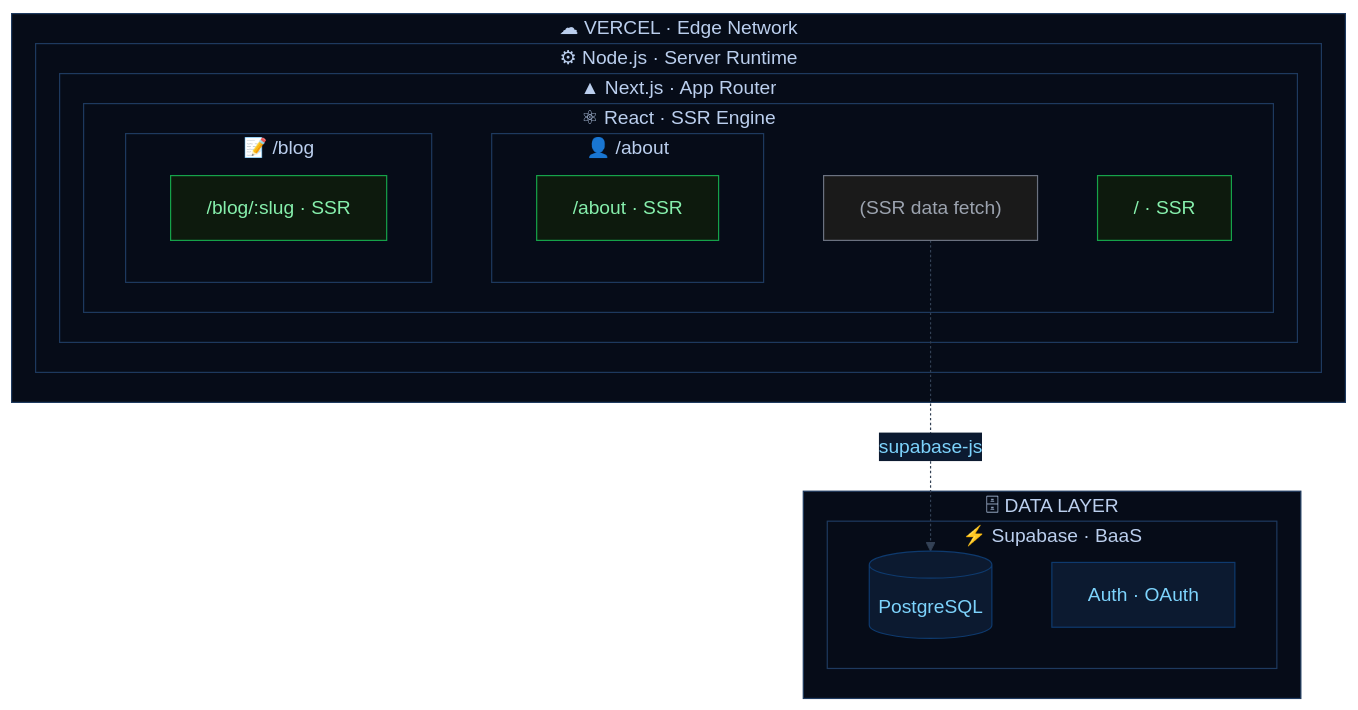
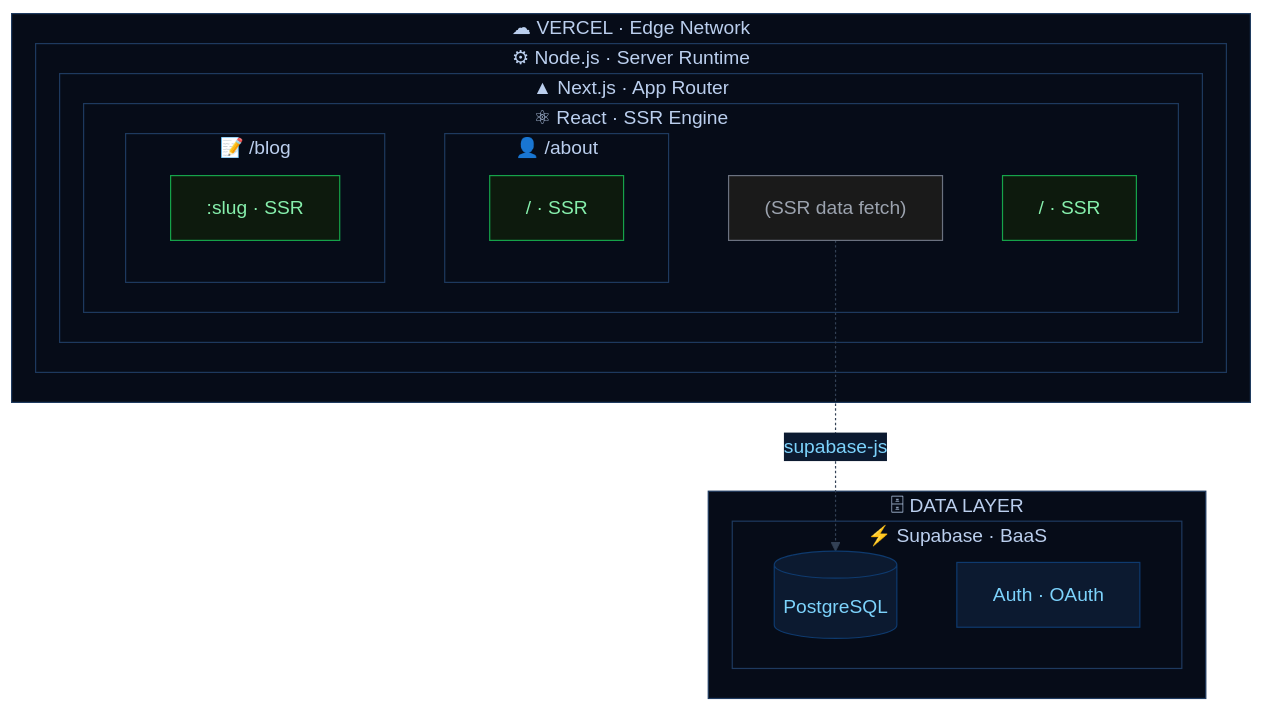
The diagram in fixtures/mini-next-app/.codebase-viz/rendering.md (cubha/codesight), drawn with Mermaid before and after one commit. The commit also changed 8 other files, not shown here.

````diff
--- a/fixtures/mini-next-app/.codebase-viz/rendering.md
+++ b/fixtures/mini-next-app/.codebase-viz/rendering.md
@@ -3,33 +3,33 @@
 ```mermaid
 %%{init:{'theme':'base','themeVariables':{'background':'#060810','primaryColor':'#0c1a30','primaryTextColor':'#7dd3fc','primaryBorderColor':'#0e3a6e','edgeLabelBackground':'#0c1a30','lineColor':'#334155','secondaryColor':'#0f172a','clusterBkg':'#060c18','clusterBorder':'#1e3a5f','fontFamily':'JetBrains Mono'}}}%%
 graph TD
   classDef ssr fill:#0d1a0d,stroke:#16a34a,color:#86efac
   classDef csr fill:#2d1200,stroke:#c2410c,color:#fb923c
   classDef ssg fill:#1a0d1a,stroke:#7c3aed,color:#c4b5fd
   classDef isr fill:#1a1a0d,stroke:#ca8a04,color:#fde047
   classDef ppr fill:#0d1a2d,stroke:#2563eb,color:#93c5fd
   classDef unk fill:#1a1a1a,stroke:#6b7280,color:#9ca3af
   subgraph INFRA["☁ VERCEL · Edge Network"]
     subgraph RUNTIME["⚙ Node.js · Server Runtime"]
       subgraph FRAMEWORK["▲ Next.js · App Router"]
         subgraph REACT["⚛ React · SSR Engine"]
           SSR_FETCH["(SSR data fetch)"]:::unk
           subgraph ABOUT_G["👤 /about"]
-            route_app__marketing__about_page["/about · SSR"]:::ssr
+            route_app__marketing__about_page["/ · SSR"]:::ssr
           end
           subgraph BLOG_G["📝 /blog"]
-            route_app_blog__slug__page["/blog/:slug · SSR"]:::ssr
+            route_app_blog__slug__page[":slug · SSR"]:::ssr
           end
           route_app_page["/ · SSR"]:::ssr
         end
       end
     end
   end
   subgraph DATALAYER["🗄 DATA LAYER"]
     subgraph SUPABASE_G["⚡ Supabase · BaaS"]
       PG_SB[("PostgreSQL")]
       SB_AUTH["Auth · OAuth"]
     end
   end
   SSR_FETCH -.->|"supabase-js"| PG_SB
 ```
````
